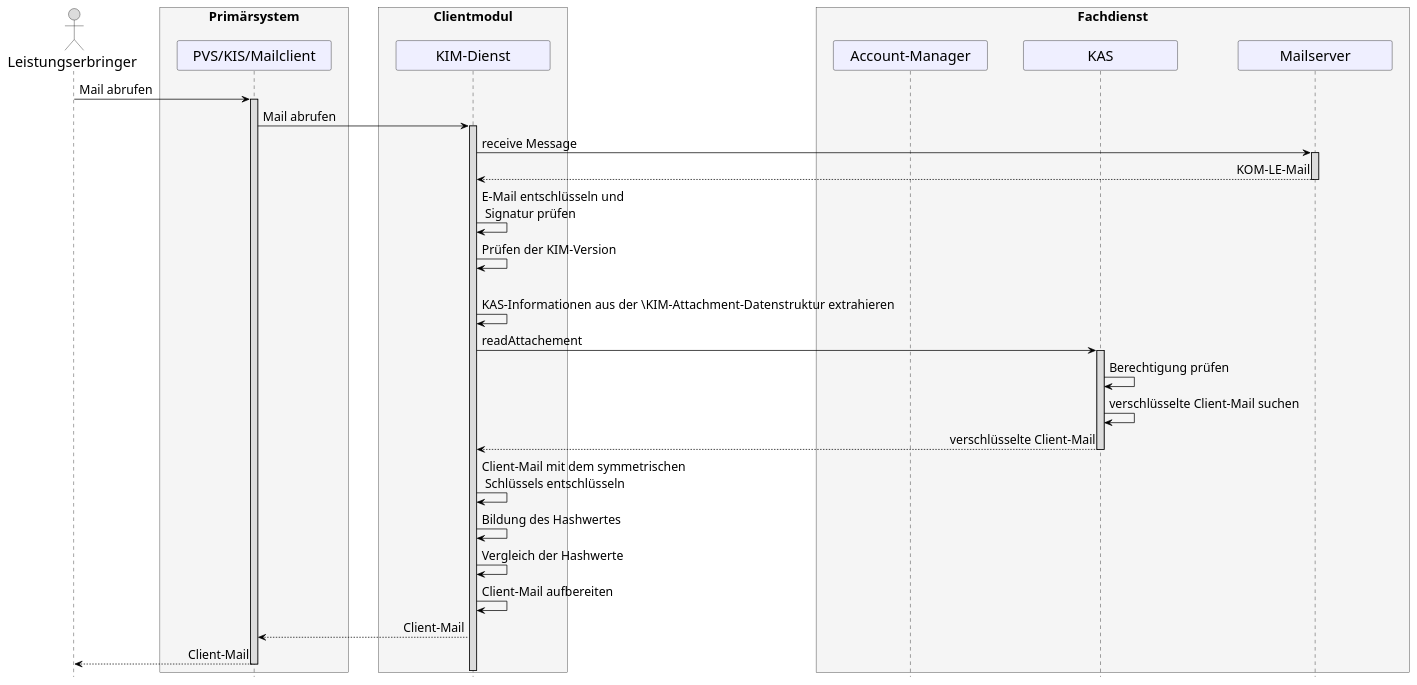
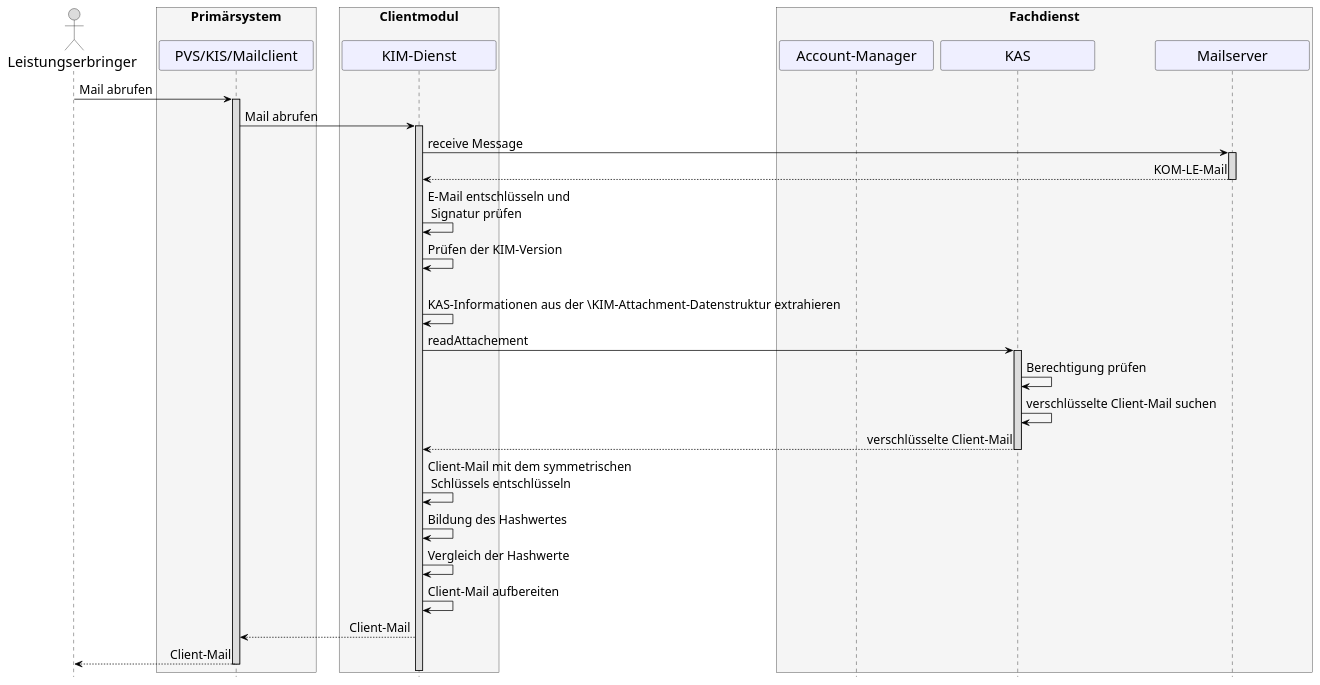
One commit to gematik/api-kim changed the diagram in src/plantuml/Fachdienst/Seq_kas_email_empfangen.puml. Above: the diagram before and after it, drawn with PlantUML. The commit also changed other lines of this file and 3 other files, not shown here.

```diff
--- a/src/plantuml/Fachdienst/Seq_kas_email_empfangen.puml
+++ b/src/plantuml/Fachdienst/Seq_kas_email_empfangen.puml
@@ -8,66 +8,65 @@
 @startuml
 skinparam sequenceMessageAlign direction
 skinparam minClassWidth 200
-skinparam BoxPadding 20
+skinparam BoxPadding 15
 skinparam sequenceReferenceHeaderBackgroundColor palegreen
 scale max 2048 width
 hide footbox
 
 skinparam sequence {
 ArrowColor black
 ArrowFontSize 17
 ActorBorderColor black
 LifeLineBorderColor black
 LifeLineBackgroundColor Gainsboro
 
 ParticipantBorderColor Motivation
 ParticipantBackgroundColor Motivation
 ParticipantFontSize 20
 ParticipantFontColor black
 ParticipantBorderColor Black
 ParticipantBackgroundColor MOTIVATION
-ParticipantPadding 20
 
 ActorBackgroundColor Gainsboro
 ActorFontColor black
 ActorFontSize 20
 ActorFontName Aapex
 }
       actor L as "Leistungserbringer"
       box <size:18>Primärsystem\n #WhiteSmoke
             participant P as "PVS/KIS/Mailclient"
       end box
       box <size:18>Clientmodul\n #WhiteSmoke
       participant KM as "KIM-Dienst"
       end box
       box <size:18>Fachdienst\n #WhiteSmoke
       participant AM as "Account-Manager"
       participant K as "KAS"
       participant MS as "Mailserver"
       end box
 
 L->P: Mail abrufen
  activate P
  P->KM: Mail abrufen
  activate KM
  KM->MS++: receive Message
  MS-->KM--: KOM-LE-Mail
  KM->KM: E-Mail entschlüsseln und\n Signatur prüfen
  KM->KM: Prüfen der KIM-Version
  opt KIM-Attachment-Datenstruktur vorhanden
  KM->KM: KAS-Informationen aus der \KIM-Attachment-Datenstruktur extrahieren
  KM->K: readAttachement
  activate K
  K->K: Berechtigung prüfen
  K->K: verschlüsselte Client-Mail suchen
  K-->KM: verschlüsselte Client-Mail
  deactivate K
   KM->KM: Client-Mail mit dem symmetrischen\n Schlüssels entschlüsseln
   KM->KM: Bildung des Hashwertes
   KM->KM: Vergleich der Hashwerte
   KM->KM: Client-Mail aufbereiten
   KM-->P: Client-Mail
   deactivate K
   P-->L: Client-Mail
   deactivate P
 @enduml
```
